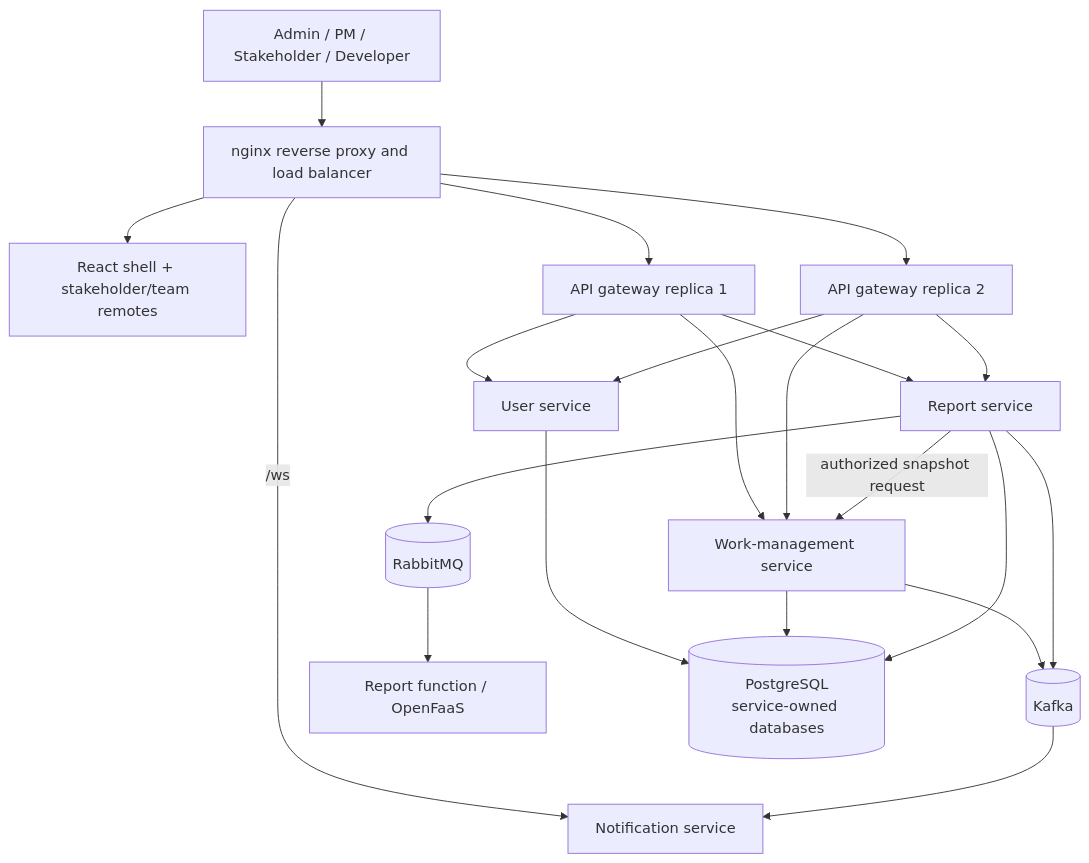
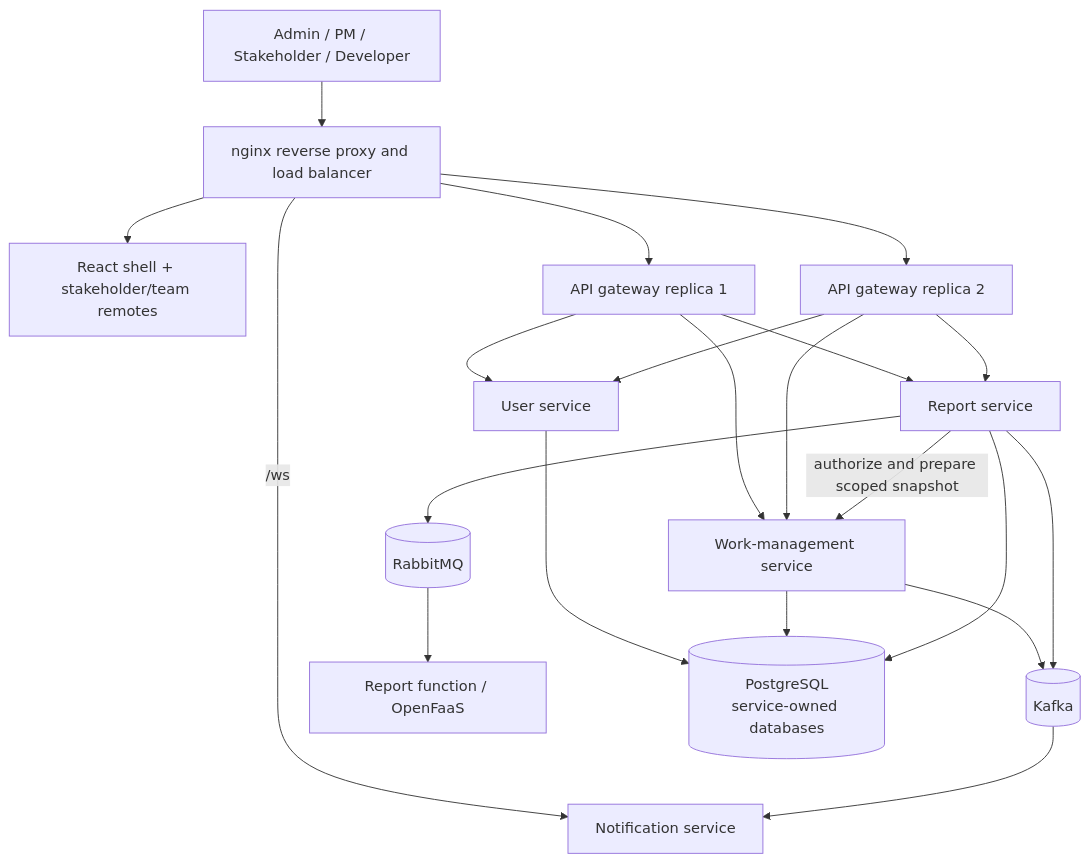
Before and after one commit to MARKUCI14/teamFlow: the second of 3 diagrams in docs/architecture/c4-model.md, drawn with Mermaid. The commit also changed other lines of this file and 13 other files, not shown here.

Commit message:
docs: align TeamFlow architecture, roles, workflow, and rubric

````diff
--- a/docs/architecture/c4-model.md
+++ b/docs/architecture/c4-model.md
@@ -19,23 +19,23 @@
 ```mermaid
 flowchart TB
   U[Admin / PM / Stakeholder / Developer] --> N[nginx reverse proxy and load balancer]
   N --> W[React shell + stakeholder/team remotes]
   N --> G1[API gateway replica 1]
   N --> G2[API gateway replica 2]
   N -->|/ws| NS[Notification service]
   G1 --> US[User service]
   G1 --> WM[Work-management service]
   G1 --> RS[Report service]
   G2 --> US
   G2 --> WM
   G2 --> RS
-  RS -->|authorized snapshot request| WM
+  RS -->|authorize and prepare scoped snapshot| WM
   WM --> K[(Kafka)]
   RS --> K
   K --> NS
   RS --> MQ[(RabbitMQ)]
   MQ --> F[Report function / OpenFaaS]
   US --> DB[(PostgreSQL<br/>service-owned databases)]
   WM --> DB
   RS --> DB
 ```
````
